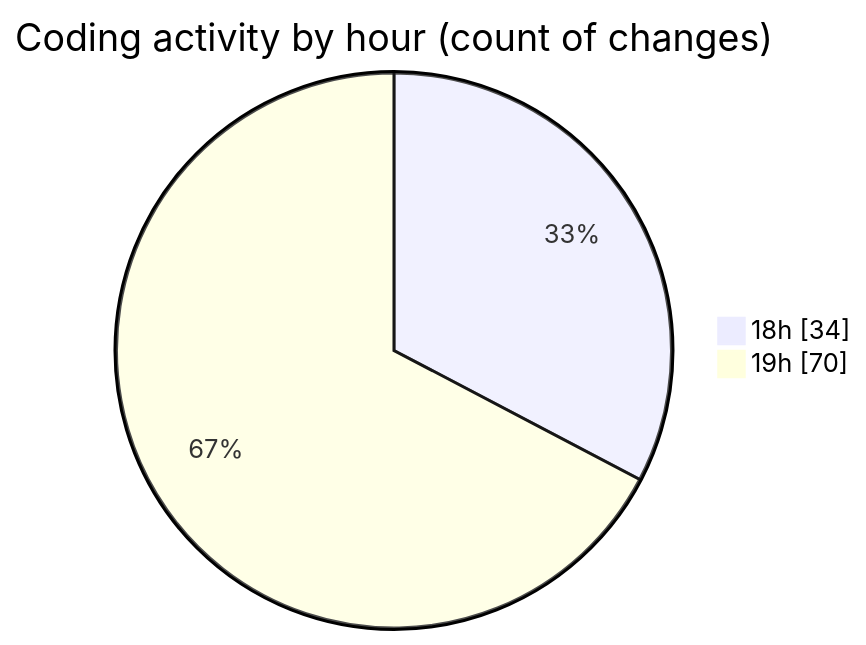
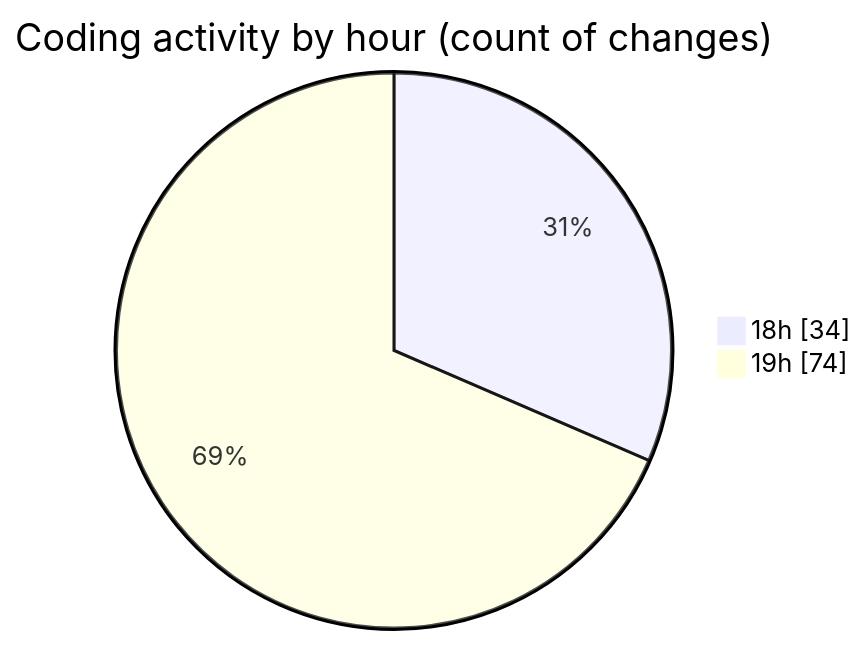
One commit to Netris89/code-tracking changed the second of 2 diagrams in 2025-04-06/back-end/README.md. Above: the diagram before and after it, drawn with Mermaid. The commit also changed other lines of this file and 1 other file, not shown here.

````diff
--- a/2025-04-06/back-end/README.md
+++ b/2025-04-06/back-end/README.md
@@ -47,6 +48,6 @@
 ```mermaid
 pie showData
 title Coding activity by hour (count of changes)
 "18h" : 34
-"19h" : 70
+"19h" : 74
 ```
````
